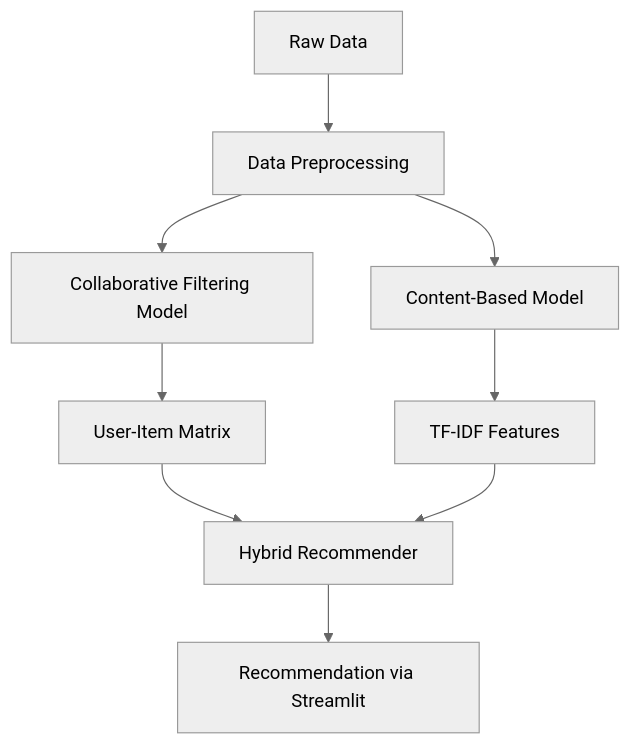
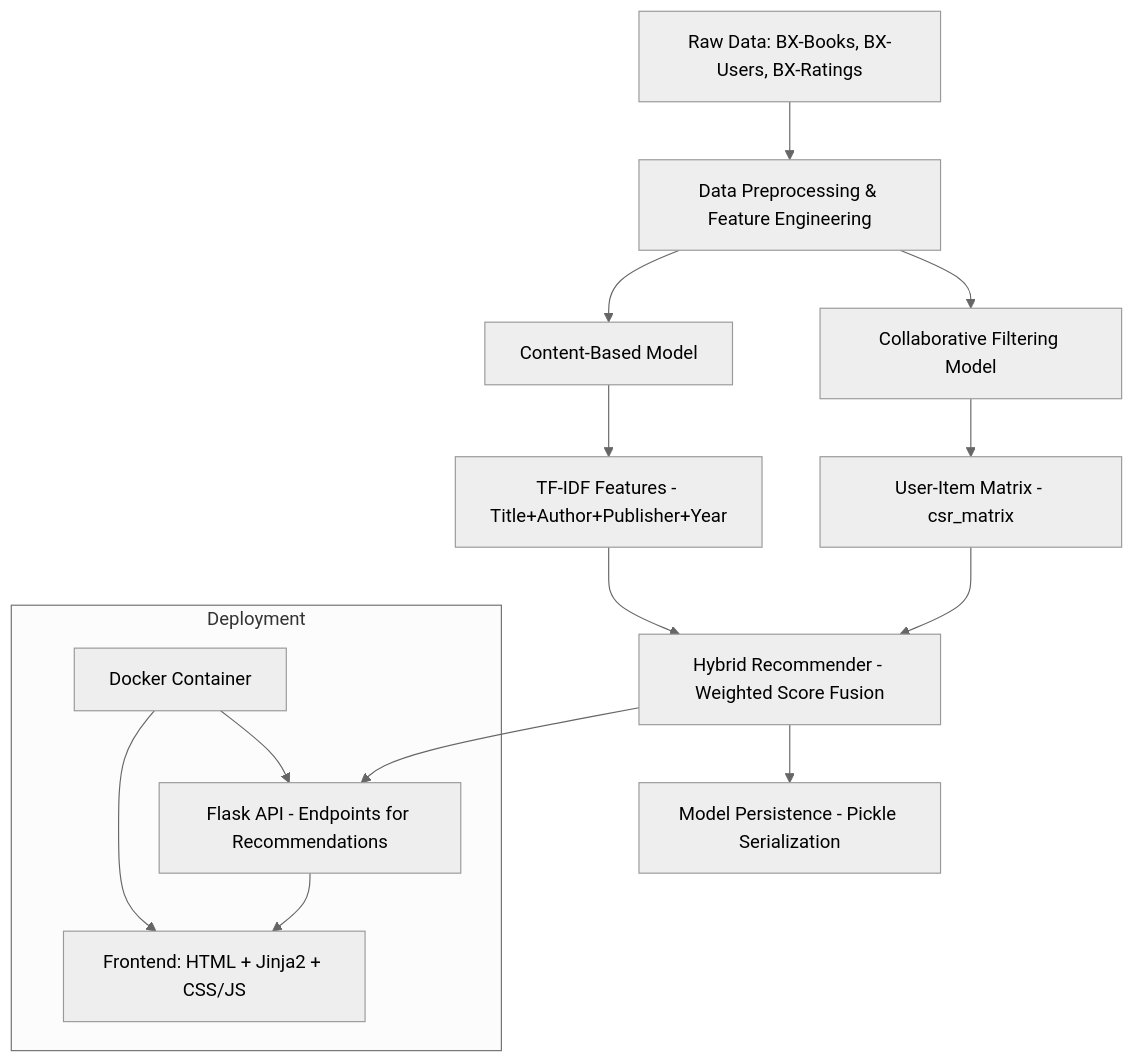
One commit to ZeroPointSix/BookSage-AI changed the diagram in README.md. Above: the diagram before and after it, drawn with Mermaid (neutral theme). The commit also changed other lines of this file and 49 other files, not shown here.

````diff
--- a/README.md
+++ b/README.md
@@ -105,11 +132,23 @@
 ```mermaid
 graph TD
-    A[Raw Data] --> B[Data Preprocessing]
+    A[Raw Data: BX-Books, BX-Users, BX-Ratings] --> B[Data Preprocessing & Feature Engineering]
     B --> C[Collaborative Filtering Model]
     B --> D[Content-Based Model]
-    C --> E[User-Item Matrix]
-    D --> F[TF-IDF Features]
-    E --> G[Hybrid Recommender]
+    
+    C --> E[User-Item Matrix - csr_matrix]
+    D --> F[TF-IDF Features - Title+Author+Publisher+Year]
+    
+    E --> G[Hybrid Recommender - Weighted Score Fusion]
     F --> G
-    G --> H[Recommendation via Streamlit]
+    
+    G --> H[Flask API - Endpoints for Recommendations]
+    H --> I[Frontend: HTML + Jinja2 + CSS/JS]
+    
+    subgraph Deployment
+        J[Docker Container]
+        J --> H
+        J --> I
+    end
+    
+    G --> K[Model Persistence - Pickle Serialization]
 ```
````
